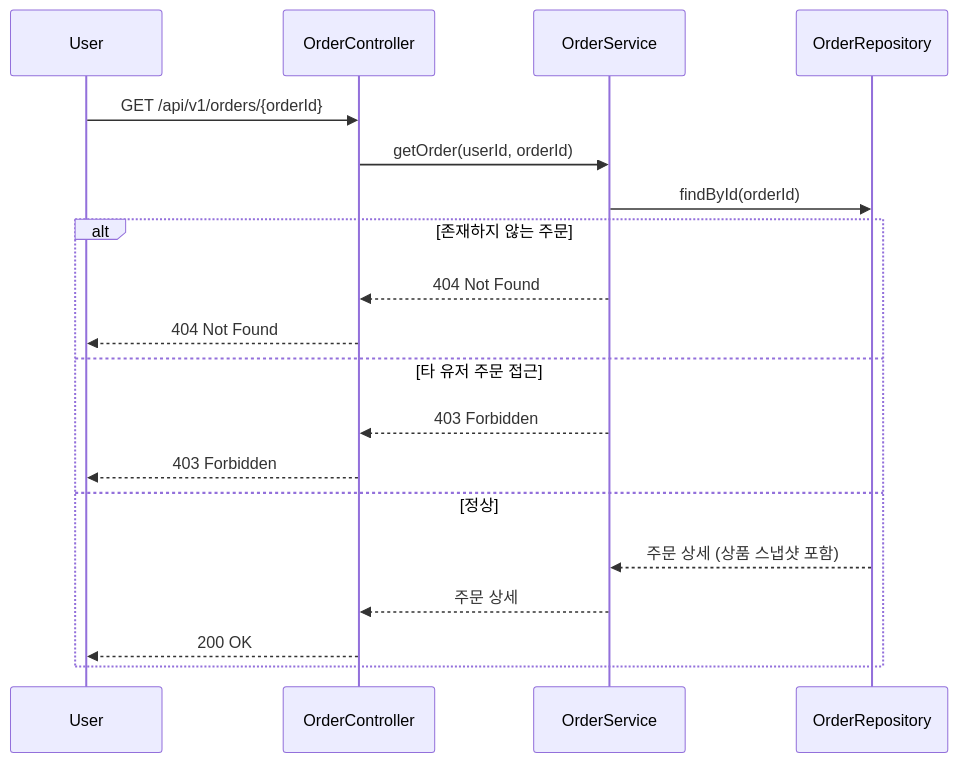
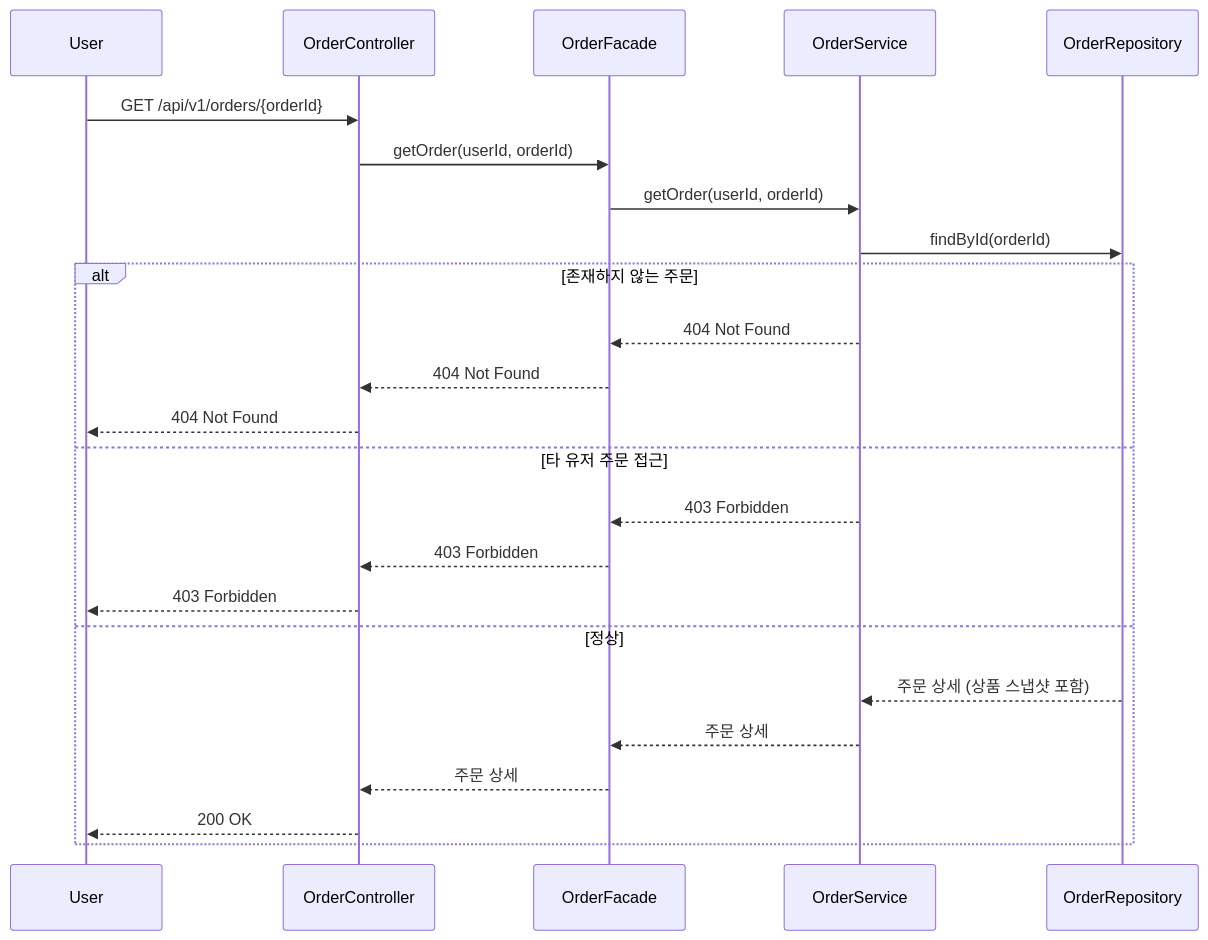
One commit to loopers-labs/loop-pack-be-l2-vol4-java changed diagram 21 of 33 in .docs/design/sequence-diagrams.md. Above: the diagram before and after it, drawn with Mermaid. The commit also changed other lines of this file, not shown here.

Commit message:
fix: 시퀀스 다이어그램 파사드 추가

````diff
--- a/.docs/design/sequence-diagrams.md
+++ b/.docs/design/sequence-diagrams.md
@@ -571,23 +645,28 @@
 ```mermaid
 sequenceDiagram
     participant User
     participant OrderController
+    participant OrderFacade
     participant OrderService
     participant OrderRepository
 
     User->>OrderController: GET /api/v1/orders/{orderId}
-    OrderController->>OrderService: getOrder(userId, orderId)
+    OrderController->>OrderFacade: getOrder(userId, orderId)
+    OrderFacade->>OrderService: getOrder(userId, orderId)
     OrderService->>OrderRepository: findById(orderId)
 
     alt 존재하지 않는 주문
-        OrderService-->>OrderController: 404 Not Found
+        OrderService-->>OrderFacade: 404 Not Found
+        OrderFacade-->>OrderController: 404 Not Found
         OrderController-->>User: 404 Not Found
     else 타 유저 주문 접근
-        OrderService-->>OrderController: 403 Forbidden
+        OrderService-->>OrderFacade: 403 Forbidden
+        OrderFacade-->>OrderController: 403 Forbidden
         OrderController-->>User: 403 Forbidden
     else 정상
         OrderRepository-->>OrderService: 주문 상세 (상품 스냅샷 포함)
-        OrderService-->>OrderController: 주문 상세
+        OrderService-->>OrderFacade: 주문 상세
+        OrderFacade-->>OrderController: 주문 상세
         OrderController-->>User: 200 OK
     end
 ```
````
